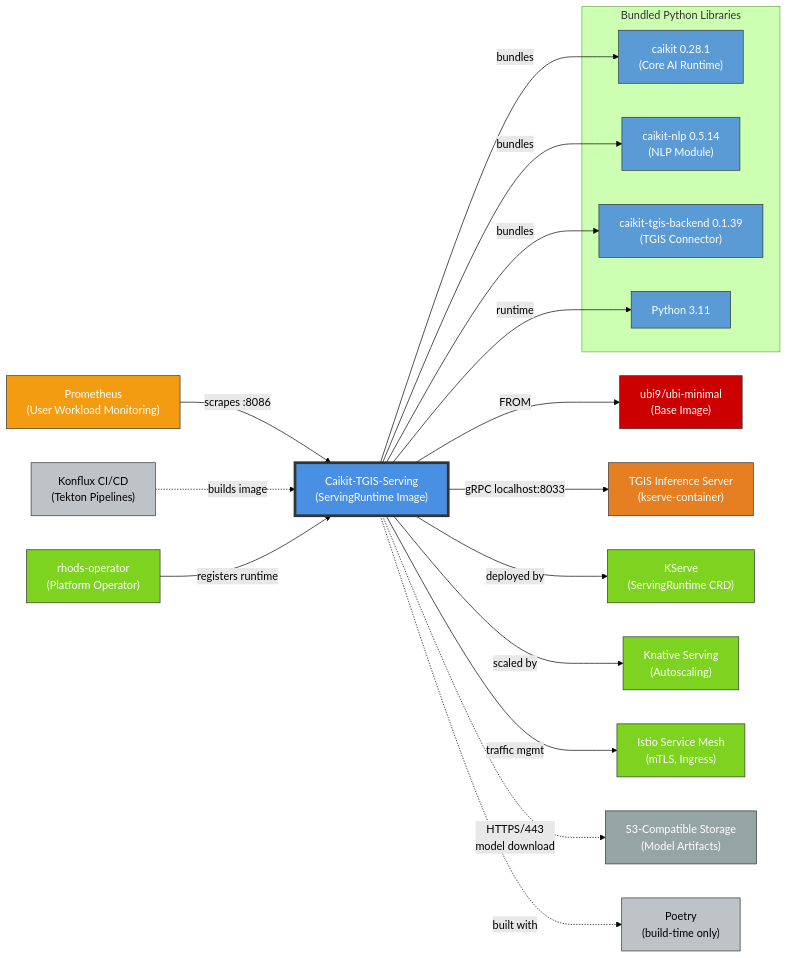
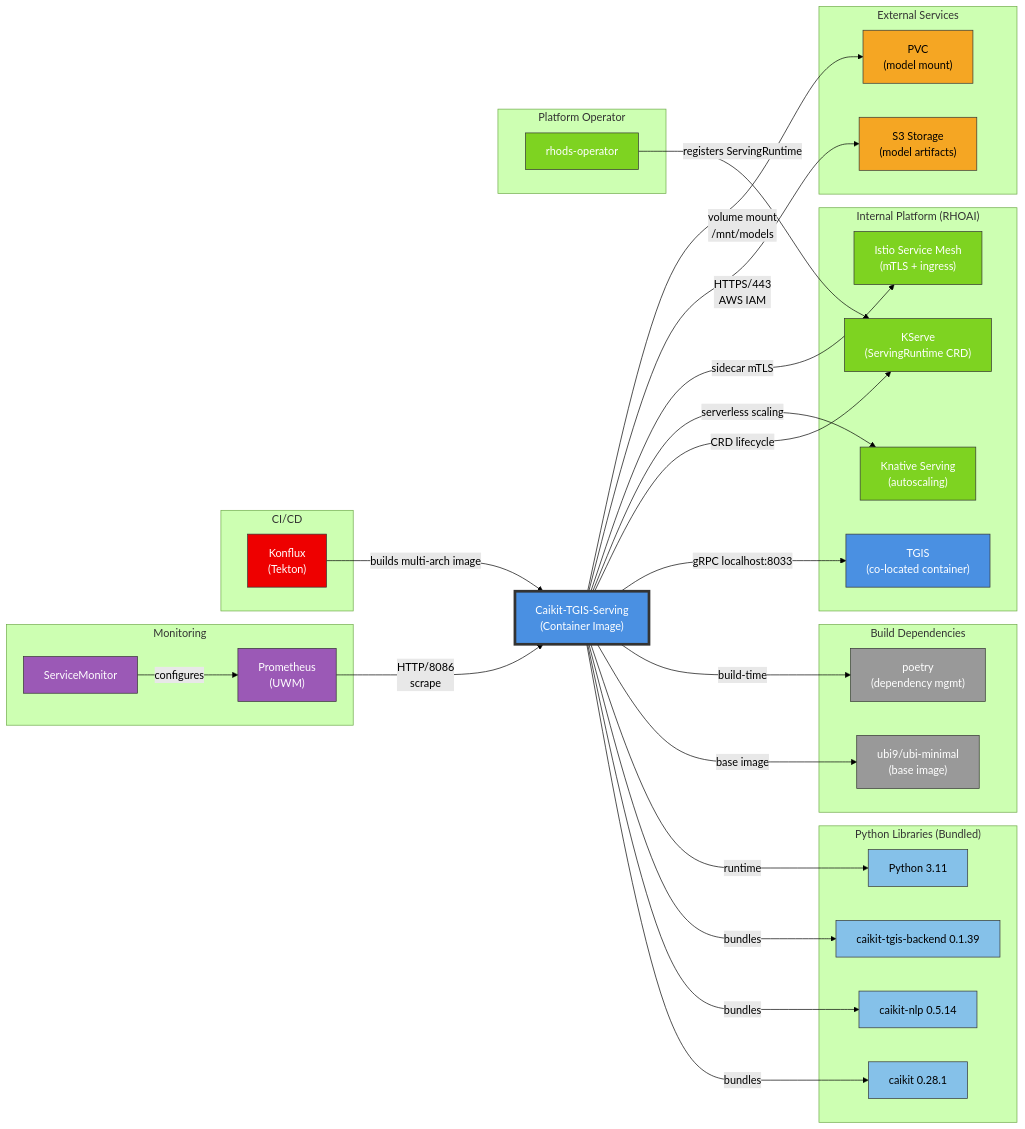
The diagram in architecture/rhoai.next/diagrams/caikit-tgis-serving-dependencies.mmd (rhuss/architecture-context), drawn with Mermaid (forest theme) before and after one commit. The commit also changed 864 other files, not shown here.

Commit message:
update rhoai.next architecture with ai4rag and refreshed diagrams

```diff
--- a/architecture/rhoai.next/diagrams/caikit-tgis-serving-dependencies.mmd
+++ b/architecture/rhoai.next/diagrams/caikit-tgis-serving-dependencies.mmd
@@ -1,67 +1,88 @@
 graph LR
-    CaikitTGIS["Caikit-TGIS-Serving<br/>(ServingRuntime Image)"]
+    CaikitTGIS["Caikit-TGIS-Serving<br/>(Container Image)"]
 
-    %% Core Python Dependencies (bundled in image)
-    subgraph PythonDeps["Bundled Python Libraries"]
-        Caikit["caikit 0.28.1<br/>(Core AI Runtime)"]
-        CaikitNLP["caikit-nlp 0.5.14<br/>(NLP Module)"]
-        CaikitTGISBackend["caikit-tgis-backend 0.1.39<br/>(TGIS Connector)"]
+    %% Python Library Dependencies (bundled in image)
+    subgraph PythonLibs["Python Libraries (Bundled)"]
+        Caikit["caikit 0.28.1"]
+        CaikitNLP["caikit-nlp 0.5.14"]
+        CaikitBackend["caikit-tgis-backend 0.1.39"]
         Python["Python 3.11"]
     end
 
     CaikitTGIS -->|"bundles"| Caikit
     CaikitTGIS -->|"bundles"| CaikitNLP
-    CaikitTGIS -->|"bundles"| CaikitTGISBackend
+    CaikitTGIS -->|"bundles"| CaikitBackend
     CaikitTGIS -->|"runtime"| Python
 
-    %% Base Image
-    UBI["ubi9/ubi-minimal<br/>(Base Image)"]
-    CaikitTGIS -->|"FROM"| UBI
+    %% Build Dependencies
+    subgraph BuildDeps["Build Dependencies"]
+        UBI9["ubi9/ubi-minimal<br/>(base image)"]
+        Poetry["poetry<br/>(dependency mgmt)"]
+    end
 
-    %% Co-located Runtime Dependency
-    TGIS["TGIS Inference Server<br/>(kserve-container)"]
-    CaikitTGIS -->|"gRPC localhost:8033"| TGIS
+    CaikitTGIS -->|"base image"| UBI9
+    CaikitTGIS -->|"build-time"| Poetry
 
     %% Internal Platform Dependencies
-    KServe["KServe<br/>(ServingRuntime CRD)"]
-    Knative["Knative Serving<br/>(Autoscaling)"]
-    Istio["Istio Service Mesh<br/>(mTLS, Ingress)"]
+    subgraph InternalDeps["Internal Platform (RHOAI)"]
+        TGIS["TGIS<br/>(co-located container)"]
+        KServe["KServe<br/>(ServingRuntime CRD)"]
+        Knative["Knative Serving<br/>(autoscaling)"]
+        Istio["Istio Service Mesh<br/>(mTLS + ingress)"]
+    end
 
-    CaikitTGIS -->|"deployed by"| KServe
-    CaikitTGIS -->|"scaled by"| Knative
-    CaikitTGIS -->|"traffic mgmt"| Istio
+    CaikitTGIS -->|"gRPC localhost:8033"| TGIS
+    CaikitTGIS -->|"CRD lifecycle"| KServe
+    CaikitTGIS -->|"serverless scaling"| Knative
+    CaikitTGIS -->|"sidecar mTLS"| Istio
 
-    %% Monitoring
-    Prometheus["Prometheus<br/>(User Workload Monitoring)"]
-    Prometheus -->|"scrapes :8086"| CaikitTGIS
+    %% External Service Dependencies
+    subgraph ExternalSvcs["External Services"]
+        S3["S3 Storage<br/>(model artifacts)"]
+        PVC["PVC<br/>(model mount)"]
+    end
 
-    %% External Services
-    S3["S3-Compatible Storage<br/>(Model Artifacts)"]
-    CaikitTGIS -.->|"HTTPS/443<br/>model download"| S3
+    CaikitTGIS -->|"HTTPS/443<br/>AWS IAM"| S3
+    CaikitTGIS -->|"volume mount<br/>/mnt/models"| PVC
 
-    %% Build Dependencies
-    Poetry["Poetry<br/>(build-time only)"]
-    Konflux["Konflux CI/CD<br/>(Tekton Pipelines)"]
-    CaikitTGIS -.->|"built with"| Poetry
-    Konflux -.->|"builds image"| CaikitTGIS
+    %% Monitoring Integration
+    subgraph Monitoring["Monitoring"]
+        Prometheus["Prometheus<br/>(UWM)"]
+        ServiceMonitor["ServiceMonitor"]
+    end
 
-    %% Platform Integration (consumed by)
-    RHODSOp["rhods-operator<br/>(Platform Operator)"]
-    RHODSOp -->|"registers runtime"| CaikitTGIS
+    Prometheus -->|"HTTP/8086<br/>scrape"| CaikitTGIS
+    ServiceMonitor -->|"configures"| Prometheus
+
+    %% CI/CD
+    subgraph CICD["CI/CD"]
+        Konflux["Konflux<br/>(Tekton)"]
+    end
+
+    Konflux -->|"builds multi-arch image"| CaikitTGIS
+
+    %% Platform Operator
+    subgraph Operator["Platform Operator"]
+        RHODS["rhods-operator"]
+    end
+
+    RHODS -->|"registers ServingRuntime"| KServe
 
     %% Styling
     style CaikitTGIS fill:#4a90e2,stroke:#333,stroke-width:4px,color:#fff
-    style Caikit fill:#5b9bd5,stroke:#333,color:#fff
-    style CaikitNLP fill:#5b9bd5,stroke:#333,color:#fff
-    style CaikitTGISBackend fill:#5b9bd5,stroke:#333,color:#fff
-    style Python fill:#5b9bd5,stroke:#333,color:#fff
-    style UBI fill:#cc0000,stroke:#333,color:#fff
-    style TGIS fill:#e67e22,stroke:#333,color:#fff
+    style TGIS fill:#4a90e2,stroke:#333,color:#fff
     style KServe fill:#7ed321,stroke:#333,color:#fff
     style Knative fill:#7ed321,stroke:#333,color:#fff
     style Istio fill:#7ed321,stroke:#333,color:#fff
-    style Prometheus fill:#f39c12,stroke:#333,color:#fff
-    style S3 fill:#95a5a6,stroke:#333,color:#fff
-    style Poetry fill:#bdc3c7,stroke:#333
-    style Konflux fill:#bdc3c7,stroke:#333
-    style RHODSOp fill:#7ed321,stroke:#333,color:#fff
+    style RHODS fill:#7ed321,stroke:#333,color:#fff
+    style S3 fill:#f5a623,stroke:#333
+    style PVC fill:#f5a623,stroke:#333
+    style Prometheus fill:#9b59b6,stroke:#333,color:#fff
+    style ServiceMonitor fill:#9b59b6,stroke:#333,color:#fff
+    style Konflux fill:#ee0000,stroke:#333,color:#fff
+    style Caikit fill:#85c1e9,stroke:#333
+    style CaikitNLP fill:#85c1e9,stroke:#333
+    style CaikitBackend fill:#85c1e9,stroke:#333
+    style Python fill:#85c1e9,stroke:#333
+    style UBI9 fill:#999,stroke:#333,color:#fff
+    style Poetry fill:#999,stroke:#333,color:#fff
```
